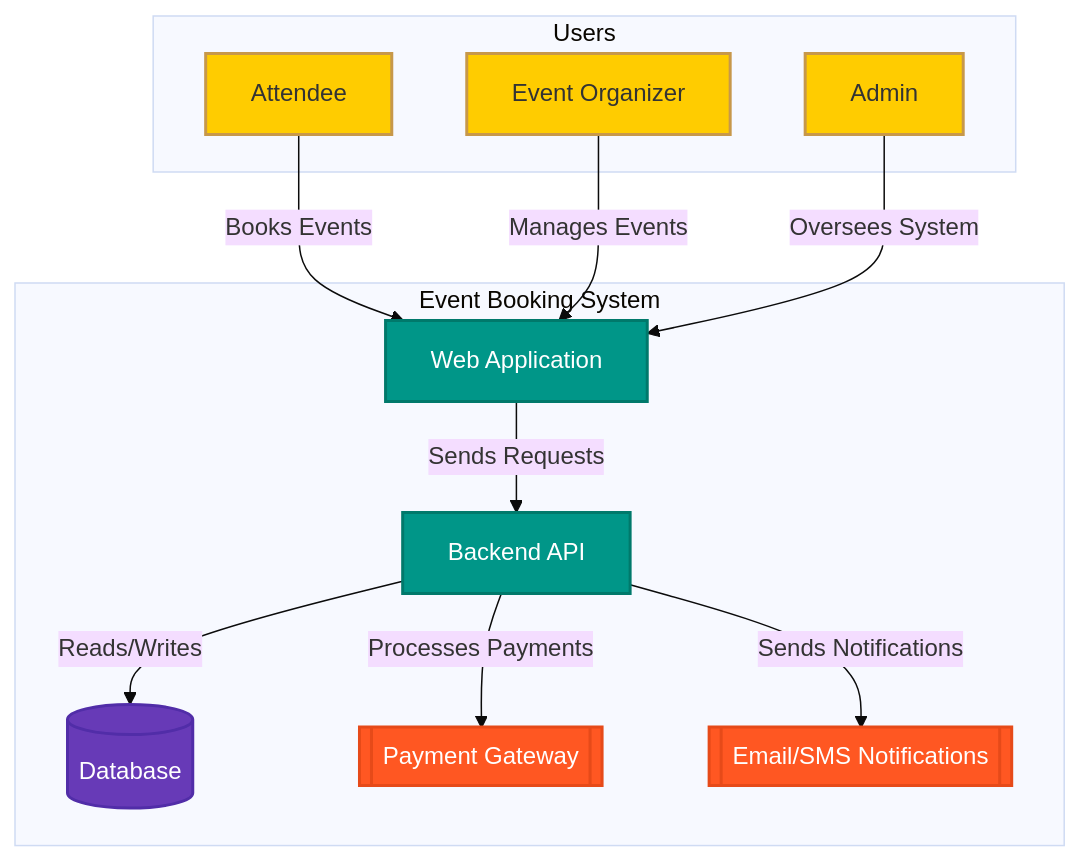
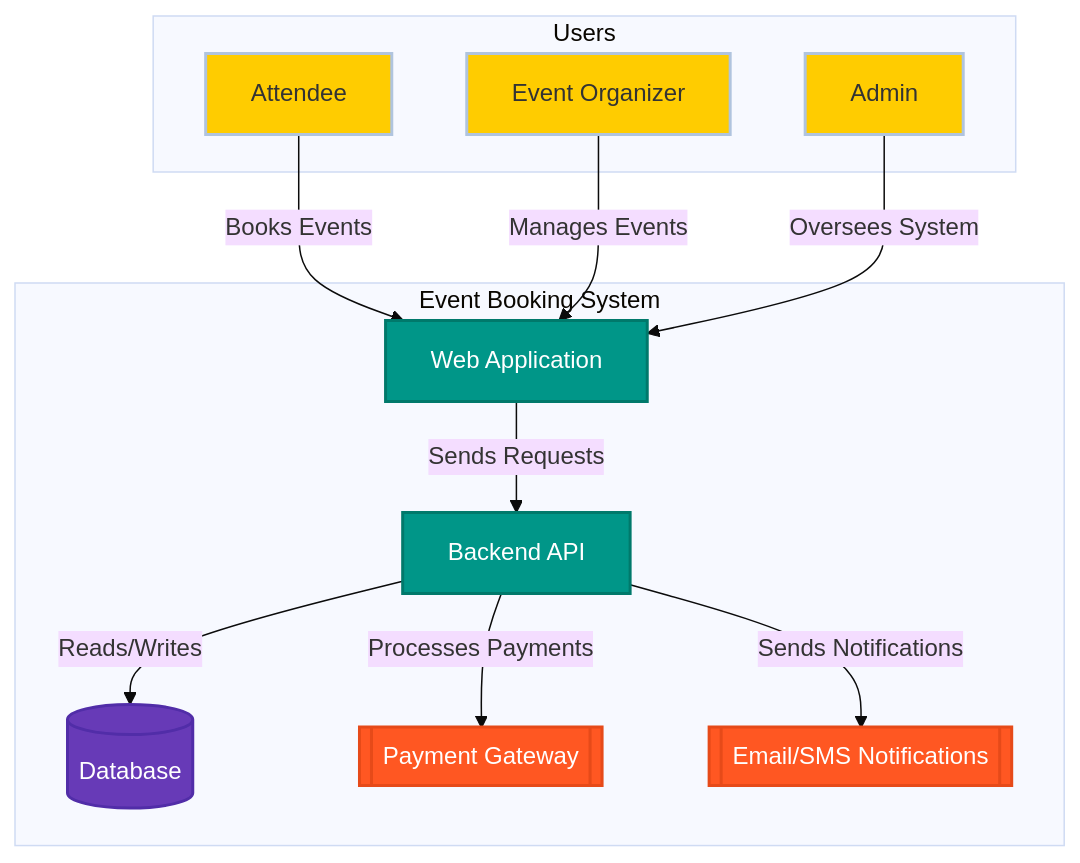
Before and after one commit to celeste-smith/event-booking-system: the first of 4 diagrams in ARCHITECTURE.md, drawn with Mermaid (base theme).

Commit message:
Update ARCHITECTURE.md
6th change - another colour change.

````diff
--- a/ARCHITECTURE.md
+++ b/ARCHITECTURE.md
@@ -33,39 +33,39 @@
 ```mermaid
 graph TD;
     %% Define styles
-    classDef userStyle fill:#ffcc00,stroke:#C7984A,stroke-width:2px;
+    classDef userStyle fill:#ffcc00,stroke:#b0c4de,stroke-width:2px;
     classDef systemStyle fill:#009688,stroke:#00796B,stroke-width:2px,color:white;
     classDef serviceStyle fill:#607D8B,stroke:#455A64,stroke-width:2px,color:white;
     classDef dbStyle fill:#673AB7,stroke:#512DA8,stroke-width:2px,color:white;
     classDef externalStyle fill:#FF5722,stroke:#E64A19,stroke-width:2px,color:white;
     
     subgraph Users["Users"]
         Attendee["Attendee"]
         Organizer["Event Organizer"]
         Admin["Admin"]
     end
     
     subgraph EventBookingSystem["Event Booking System"]
         WebApp["Web Application"]
         API["Backend API"]
         DB[("Database")]
         PaymentGateway[["Payment Gateway"]]
         NotificationService[["Email/SMS Notifications"]]
     end
     
     %% Define relationships
     Attendee -- Books Events --> WebApp;
     Organizer -- Manages Events --> WebApp;
     Admin -- Oversees System --> WebApp;
     WebApp -- Sends Requests --> API;
     API -- Reads/Writes --> DB;
     API -- Processes Payments --> PaymentGateway;
     API -- Sends Notifications --> NotificationService;
 
     %% Apply styles
     class Attendee,Organizer,Admin userStyle;
     class WebApp,API systemStyle;
     class DB dbStyle;
     class PaymentGateway,NotificationService externalStyle;
 
 ```
````
